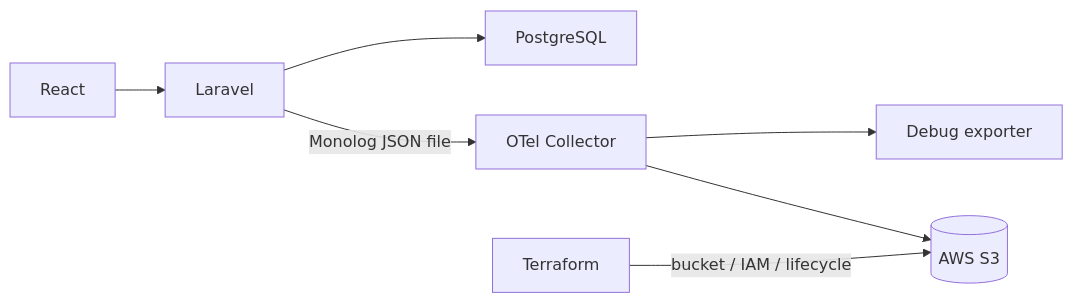
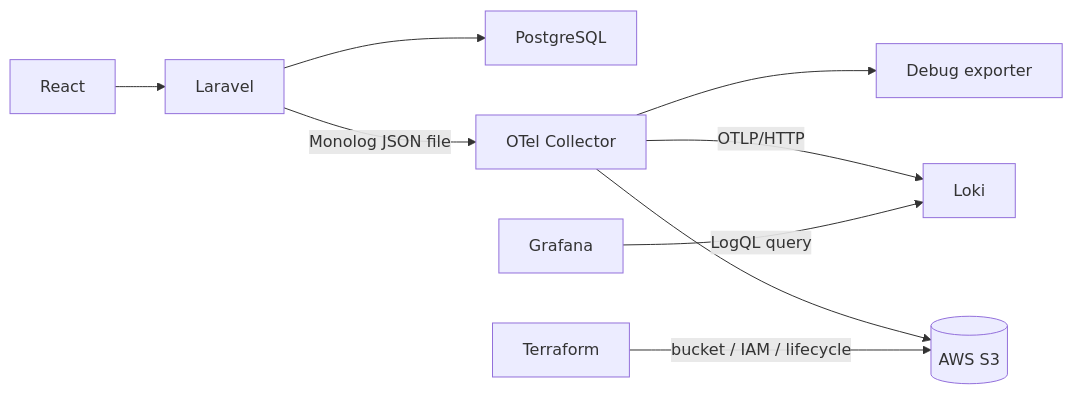
Before and after one commit to NAGA-29/OTel-Learn: the diagram in README.md, drawn with Mermaid. The commit also changed other lines of this file, not shown here.

Commit message:
docs: update architecture for Grafana and Loki

````diff
--- a/README.md
+++ b/README.md
@@ -7,9 +7,11 @@
 ```mermaid
 flowchart LR
     React --> Laravel
     Laravel --> PostgreSQL
     Laravel -->|Monolog JSON file| Collector[OTel Collector]
     Collector --> Debug[Debug exporter]
+    Collector -->|OTLP/HTTP| Loki
+    Grafana -->|LogQL query| Loki
     Collector --> S3[(AWS S3)]
     Terraform -->|bucket / IAM / lifecycle| S3
 ```
````
